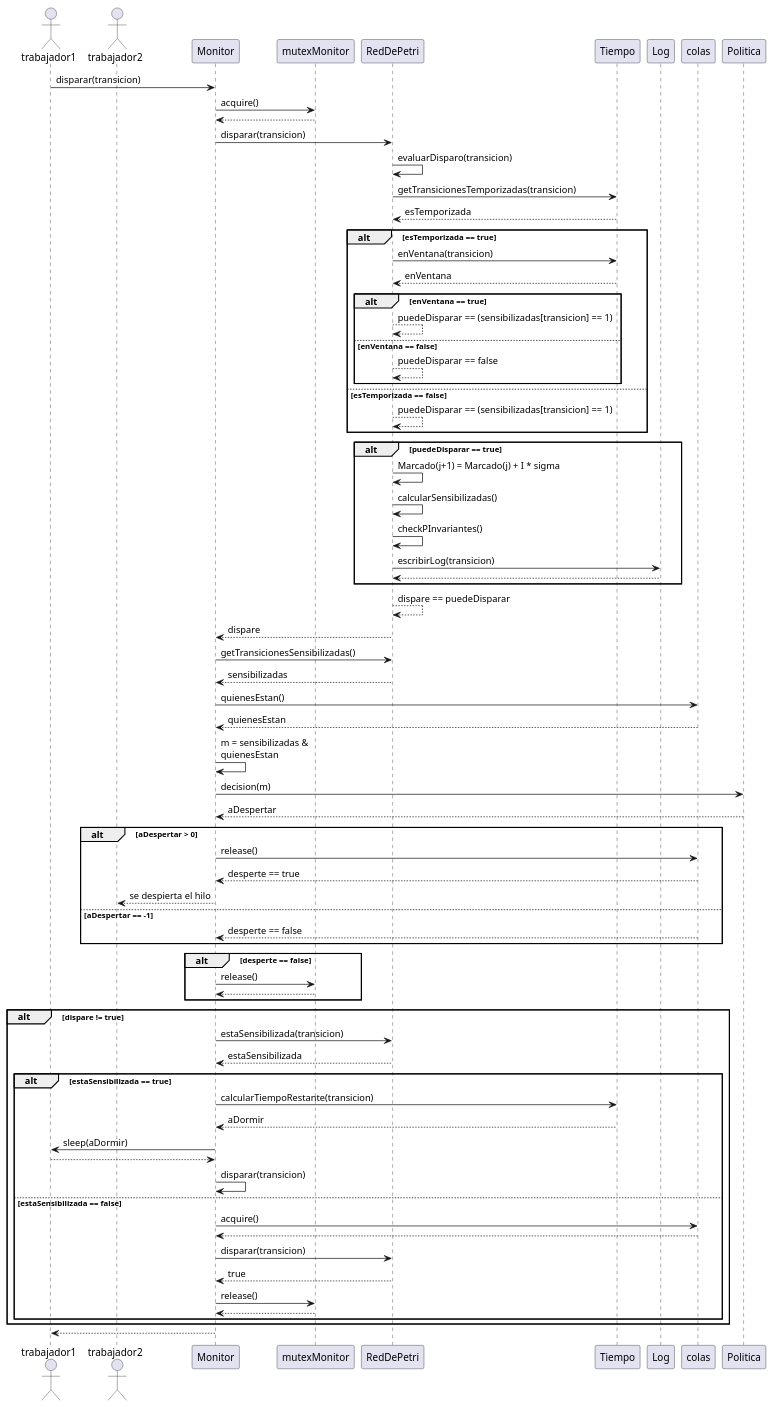
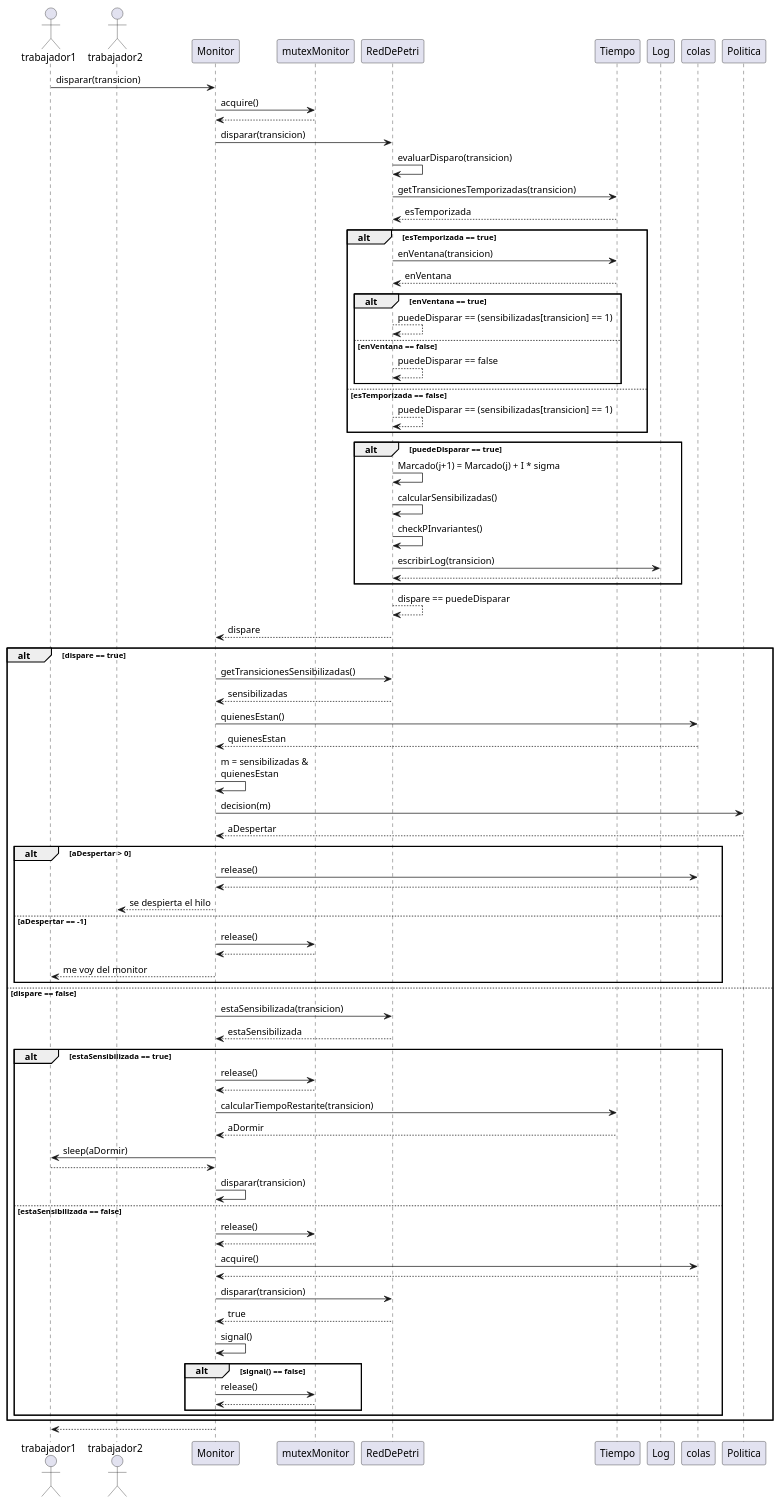
Before and after one commit to frandaniele/TP_Concurrente: the diagram in doc/diagramas/secuencia.puml, drawn with PlantUML. The commit also changed 1 other file, not shown here.

Commit message:
doc: diagramas actualizados

```diff
--- a/doc/diagramas/secuencia.puml
+++ b/doc/diagramas/secuencia.puml
@@ -1,89 +1,92 @@
 @startuml secuencia
 
 actor trabajador1 
 actor trabajador2 
 
 trabajador1 -> Monitor: disparar(transicion)
 
 Monitor -> mutexMonitor: acquire()
 mutexMonitor --> Monitor
 
 Monitor -> RedDePetri: disparar(transicion)
 
 RedDePetri -> RedDePetri: evaluarDisparo(transicion)
 
 RedDePetri -> Tiempo: getTransicionesTemporizadas(transicion)
 Tiempo --> RedDePetri: esTemporizada
 
 alt esTemporizada == true
     RedDePetri -> Tiempo: enVentana(transicion)
     Tiempo --> RedDePetri: enVentana
 
     alt enVentana == true
         RedDePetri --> RedDePetri: puedeDisparar == (sensibilizadas[transicion] == 1)
     else enVentana == false
         RedDePetri --> RedDePetri: puedeDisparar == false
     end
 else esTemporizada == false
     RedDePetri --> RedDePetri: puedeDisparar == (sensibilizadas[transicion] == 1)
 end
 
 alt puedeDisparar == true
     RedDePetri -> RedDePetri: Marcado(j+1) = Marcado(j) + I * sigma
     RedDePetri -> RedDePetri: calcularSensibilizadas()
     RedDePetri -> RedDePetri: checkPInvariantes()
 
     RedDePetri -> Log: escribirLog(transicion)
     Log --> RedDePetri
 end
 
 RedDePetri --> RedDePetri: dispare == puedeDisparar
 
 RedDePetri --> Monitor: dispare
 
-Monitor -> RedDePetri: getTransicionesSensibilizadas()
-RedDePetri --> Monitor: sensibilizadas
+alt dispare == true
+    Monitor -> RedDePetri: getTransicionesSensibilizadas()
+    RedDePetri --> Monitor: sensibilizadas
 
-Monitor -> colas: quienesEstan()
-colas --> Monitor: quienesEstan
+    Monitor -> colas: quienesEstan()
+    colas --> Monitor: quienesEstan
 
-Monitor -> Monitor: m = sensibilizadas & \nquienesEstan
+    Monitor -> Monitor: m = sensibilizadas & \nquienesEstan
 
-Monitor -> Politica: decision(m)
-Politica --> Monitor: aDespertar
-
-alt aDespertar > 0
-    Monitor -> colas: release()
-    colas --> Monitor: desperte == true
-    Monitor --> trabajador2: se despierta el hilo
-else aDespertar == -1
-    colas --> Monitor: desperte == false
-end
-
-alt desperte == false
-Monitor -> mutexMonitor: release()
-mutexMonitor --> Monitor
-end
-
-alt dispare != true
+    Monitor -> Politica: decision(m)
+    Politica --> Monitor: aDespertar
+    alt aDespertar > 0
+        Monitor -> colas: release()
+        colas --> Monitor
+        Monitor --> trabajador2: se despierta el hilo
+    else aDespertar == -1
+        Monitor -> mutexMonitor: release()
+        mutexMonitor --> Monitor
+        Monitor --> trabajador1: me voy del monitor
+    end
+else dispare == false
     Monitor -> RedDePetri: estaSensibilizada(transicion)
     RedDePetri --> Monitor: estaSensibilizada
     alt estaSensibilizada == true
+        Monitor -> mutexMonitor: release()
+        mutexMonitor --> Monitor
         Monitor -> Tiempo: calcularTiempoRestante(transicion)
         Tiempo --> Monitor: aDormir
         Monitor -> trabajador1: sleep(aDormir)
         trabajador1 --> Monitor
         Monitor -> Monitor: disparar(transicion)
     else estaSensibilizada == false
+        Monitor -> mutexMonitor: release()
+        mutexMonitor --> Monitor
         Monitor -> colas: acquire()
         colas --> Monitor
         Monitor -> RedDePetri: disparar(transicion)
         RedDePetri --> Monitor: true
-        Monitor -> mutexMonitor: release()
-        mutexMonitor --> Monitor
+        Monitor -> Monitor: signal()
+        alt signal() == false
+            Monitor -> mutexMonitor: release()
+            mutexMonitor --> Monitor
+        end
     end
 end
 
 Monitor --> trabajador1
 
 @enduml
```
